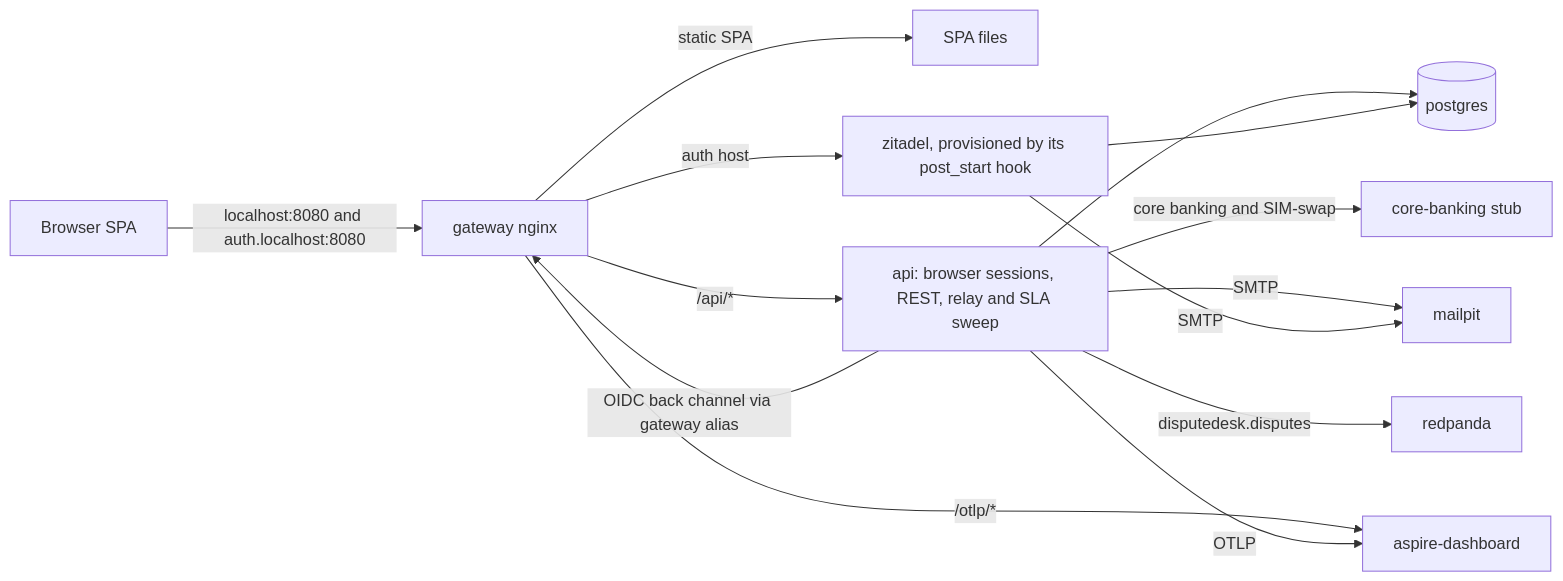
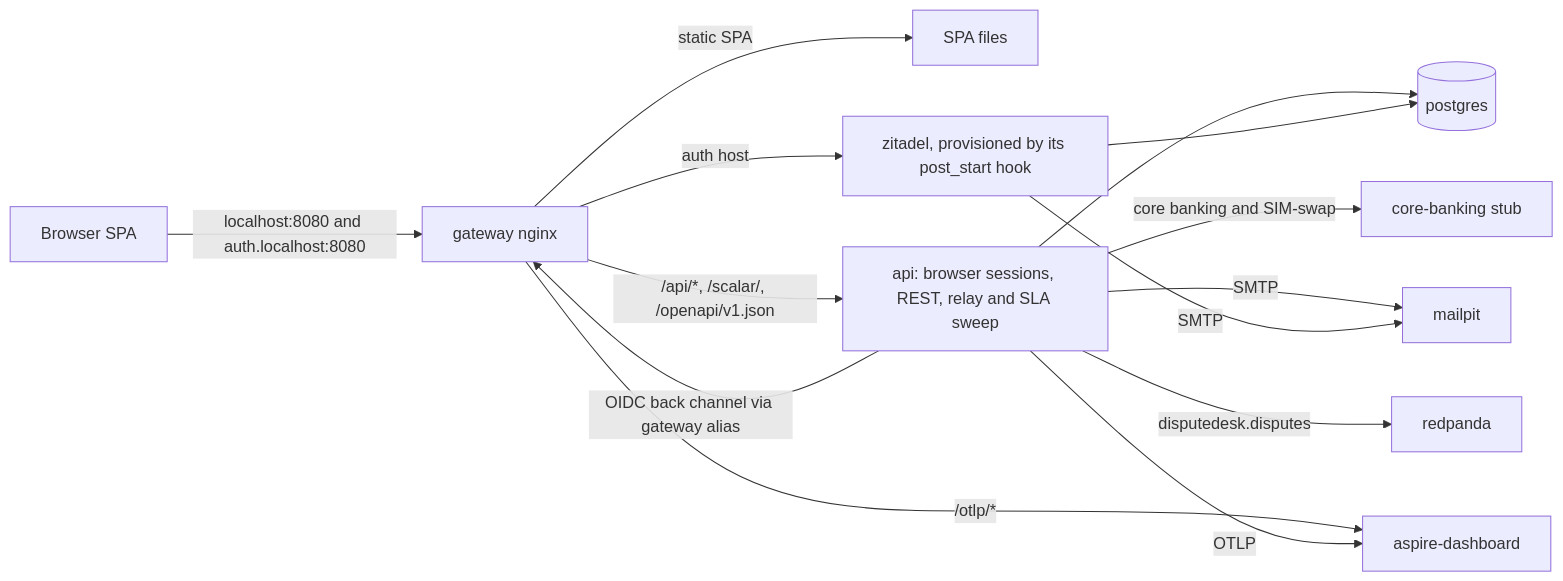
One commit to njabulozmnisi/disputedesk changed the second of 5 diagrams in docs/architecture/architecture.md. Above: the diagram before and after it, drawn with Mermaid. The commit also changed other lines of this file and 15 other files, not shown here.

````diff
--- a/docs/architecture/architecture.md
+++ b/docs/architecture/architecture.md
@@ -556,16 +558,16 @@
 ```mermaid
 flowchart LR
   B[Browser SPA] -->|localhost:8080 and auth.localhost:8080| GW[gateway nginx]
   GW -->|static SPA| SPA[SPA files]
-  GW -->|/api/*| API[api: browser sessions, REST, relay and SLA sweep]
+  GW -->|/api/*, /scalar/, /openapi/v1.json| API[api: browser sessions, REST, relay and SLA sweep]
   GW -->|/otlp/*| ASP[aspire-dashboard]
   GW -->|auth host| Z[zitadel, provisioned by its post_start hook]
   API -->|OIDC back channel via gateway alias| GW
   API --> PG[(postgres)]
   API -->|core banking and SIM-swap| CB[core-banking stub]
   API -->|SMTP| MP[mailpit]
   API -->|disputedesk.disputes| RP[redpanda]
   Z --> PG
   Z -->|SMTP| MP
   API -->|OTLP| ASP
 ```
````
